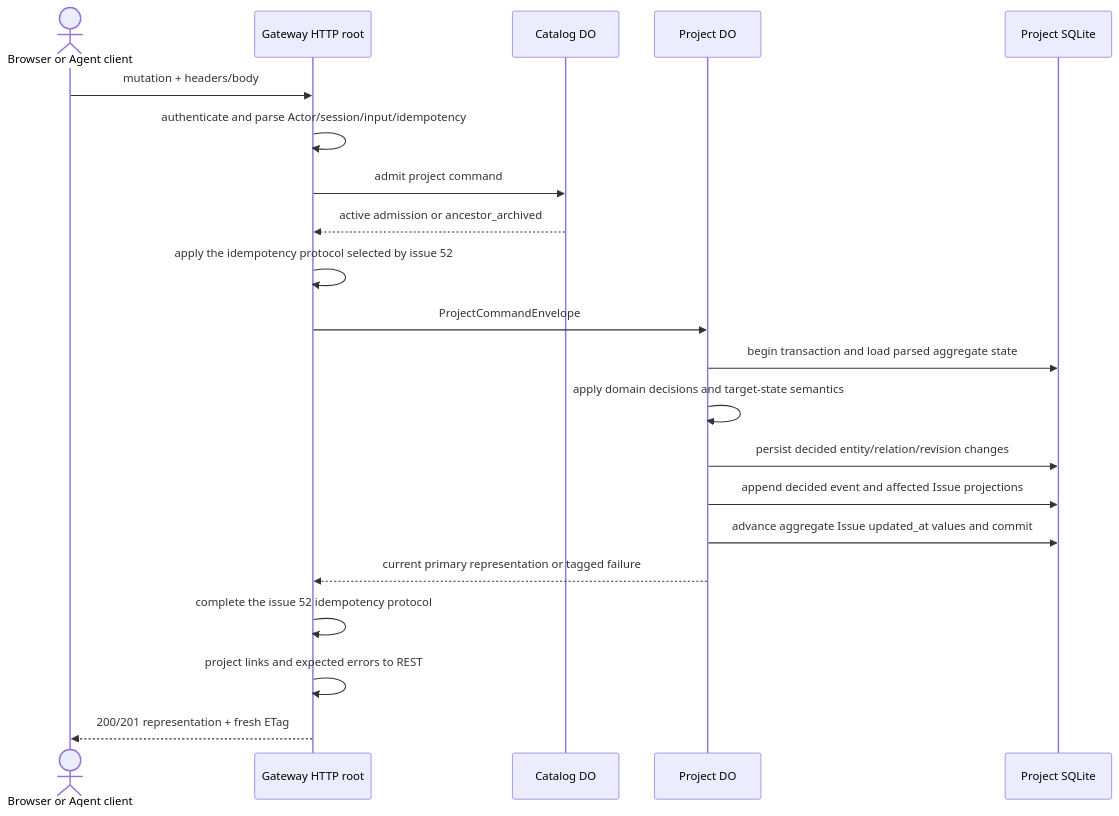
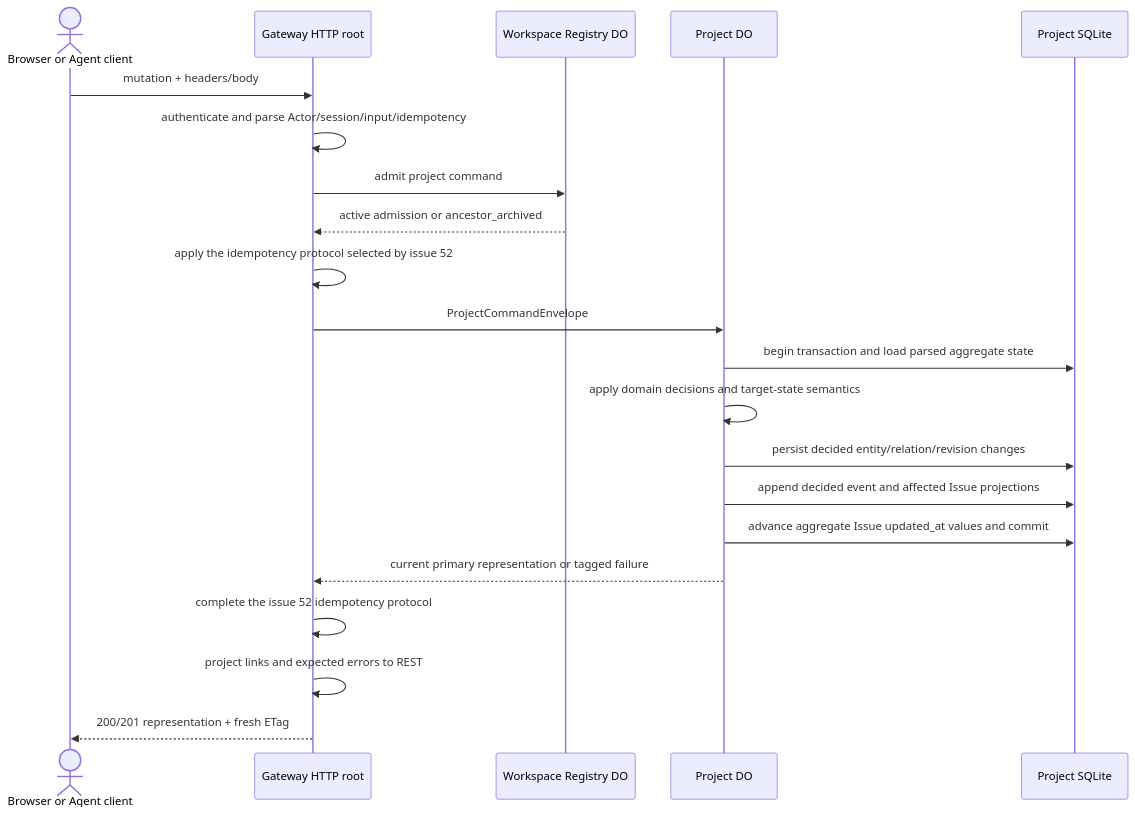
Before and after one commit to dmmulroy/overseer: the third of 6 diagrams in docs/adr/0001-mvp-system-architecture.md, drawn with Mermaid. The commit also changed other lines of this file and 103 other files, not shown here.

````diff
--- a/docs/adr/0001-mvp-system-architecture.md
+++ b/docs/adr/0001-mvp-system-architecture.md
@@ -157,24 +157,24 @@
 ```mermaid
 sequenceDiagram
   actor C as Browser or Agent client
   participant G as Gateway HTTP root
-  participant CDO as Catalog DO
+  participant CDO as Workspace Registry DO
   participant PDO as Project DO
   participant SQL as Project SQLite
 
   C->>G: mutation + headers/body
   G->>G: authenticate and parse Actor/session/input/idempotency
   G->>CDO: admit project command
   CDO-->>G: active admission or ancestor_archived
   G->>G: apply the idempotency protocol selected by issue 52
   G->>PDO: ProjectCommandEnvelope
   PDO->>SQL: begin transaction and load parsed aggregate state
   PDO->>PDO: apply domain decisions and target-state semantics
   PDO->>SQL: persist decided entity/relation/revision changes
   PDO->>SQL: append decided event and affected Issue projections
   PDO->>SQL: advance aggregate Issue updated_at values and commit
   PDO-->>G: current primary representation or tagged failure
   G->>G: complete the issue 52 idempotency protocol
   G->>G: project links and expected errors to REST
   G-->>C: 200/201 representation + fresh ETag
 ```
````
